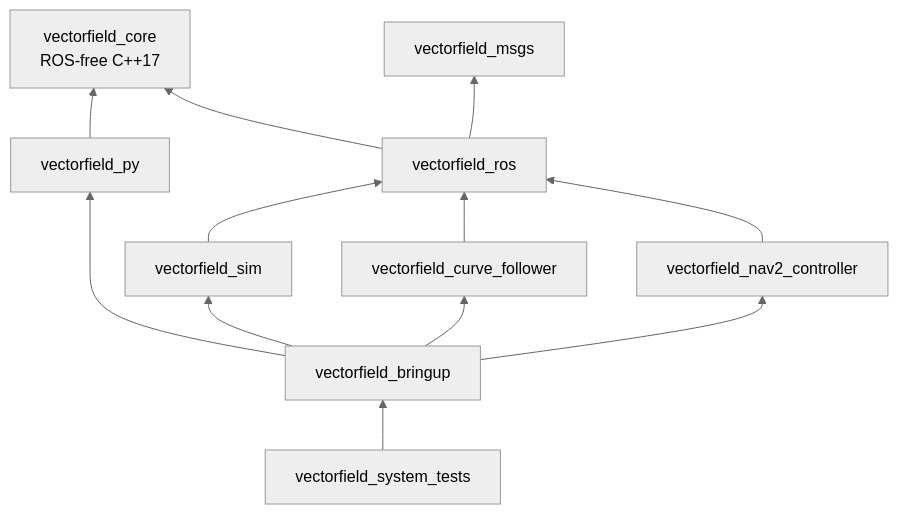
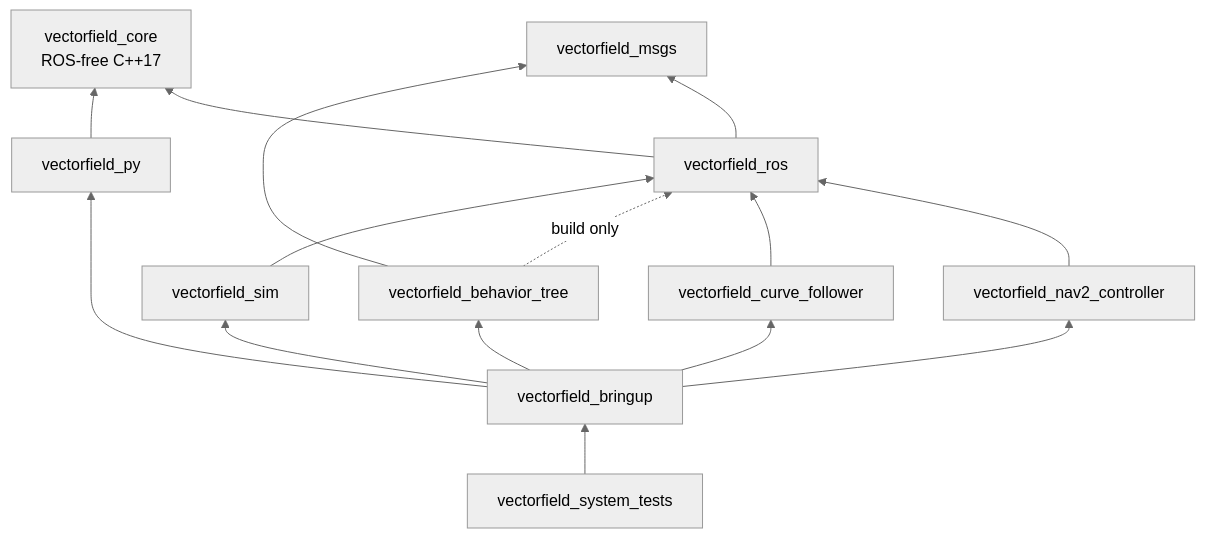
Before and after one commit to h3ct0r/vectorfield_nav2: the diagram in README.md, drawn with Mermaid (neutral theme). The commit also changed other lines of this file and 34 other files, not shown here.

````diff
--- a/README.md
+++ b/README.md
@@ -55,24 +56,28 @@
 ```mermaid
 flowchart BT
   core["vectorfield_core<br/>ROS-free C++17"]
   msgs["vectorfield_msgs"]
   ros["vectorfield_ros"]
   ctrl["vectorfield_nav2_controller"]
   follower["vectorfield_curve_follower"]
+  bt["vectorfield_behavior_tree"]
   sim["vectorfield_sim"]
   py["vectorfield_py"]
   bringup["vectorfield_bringup"]
   tests["vectorfield_system_tests"]
 
   ros --> core
   ros --> msgs
   ctrl --> ros
   follower --> ros
+  bt --> msgs
+  bt -.->|build only| ros
   sim --> ros
   py --> core
   bringup --> ctrl
   bringup --> follower
+  bringup --> bt
   bringup --> sim
   bringup --> py
   tests --> bringup
 ```
````
